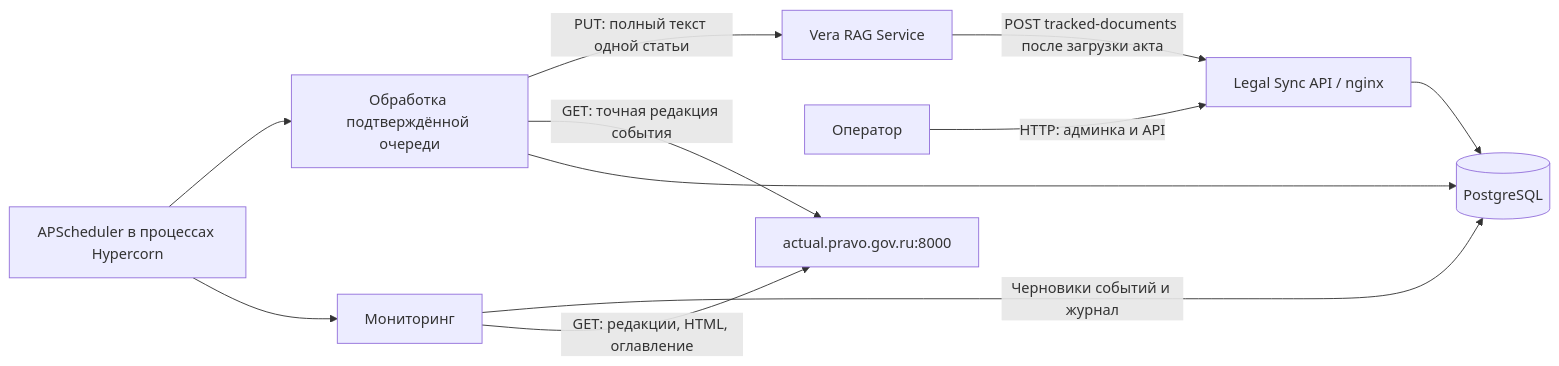
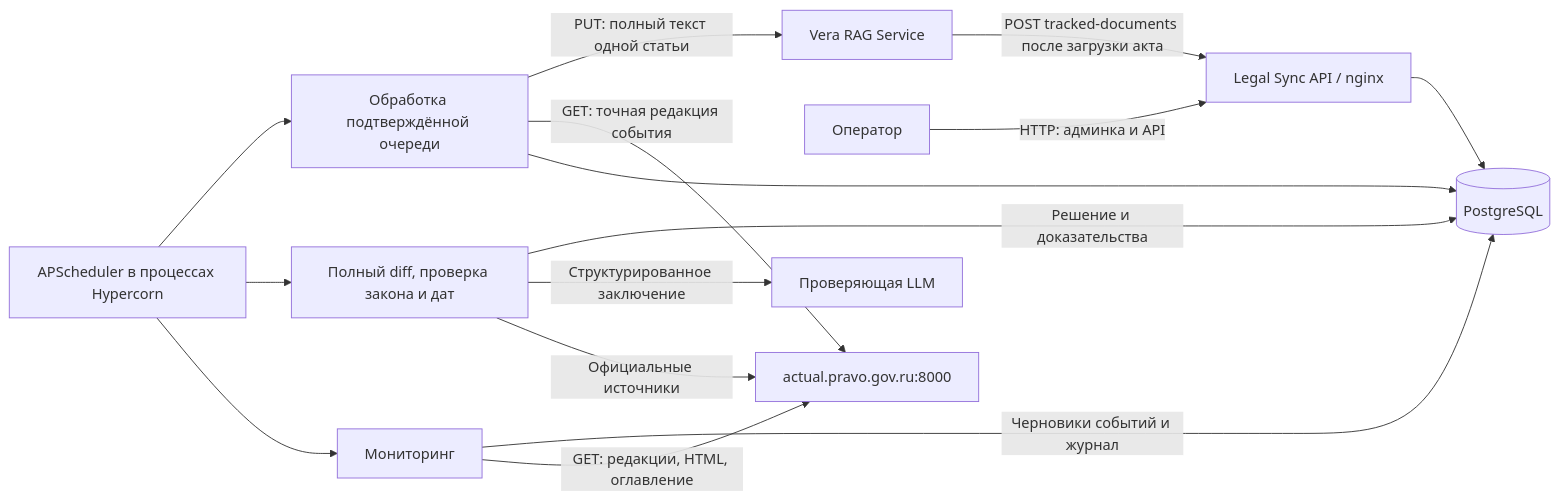
The diagram in README.md (BKSLab/legal_sync_service), drawn with Mermaid before and after one commit. The commit also changed other lines of this file and 45 other files, not shown here.

````diff
--- a/README.md
+++ b/README.md
@@ -34,13 +36,17 @@
 ```mermaid
 flowchart LR
     RAG["Vera RAG Service"] -->|"POST tracked-documents после загрузки акта"| API["Legal Sync API / nginx"]
     Operator["Оператор"] -->|"HTTP: админка и API"| API
     API --> DB[("PostgreSQL")]
     Scheduler["APScheduler в процессах Hypercorn"] --> Monitor["Мониторинг"]
     Monitor -->|"GET: редакции, HTML, оглавление"| Portal["actual.pravo.gov.ru:8000"]
     Monitor -->|"Черновики событий и журнал"| DB
+    Scheduler --> Verification["Полный diff, проверка закона и дат"]
+    Verification -->|"Официальные источники"| Portal
+    Verification -->|"Структурированное заключение"| LLM["Проверяющая LLM"]
+    Verification -->|"Решение и доказательства"| DB
     Scheduler --> Processing["Обработка подтверждённой очереди"]
     Processing --> DB
     Processing -->|"GET: точная редакция события"| Portal
     Processing -->|"PUT: полный текст одной статьи"| RAG
 ```
````
